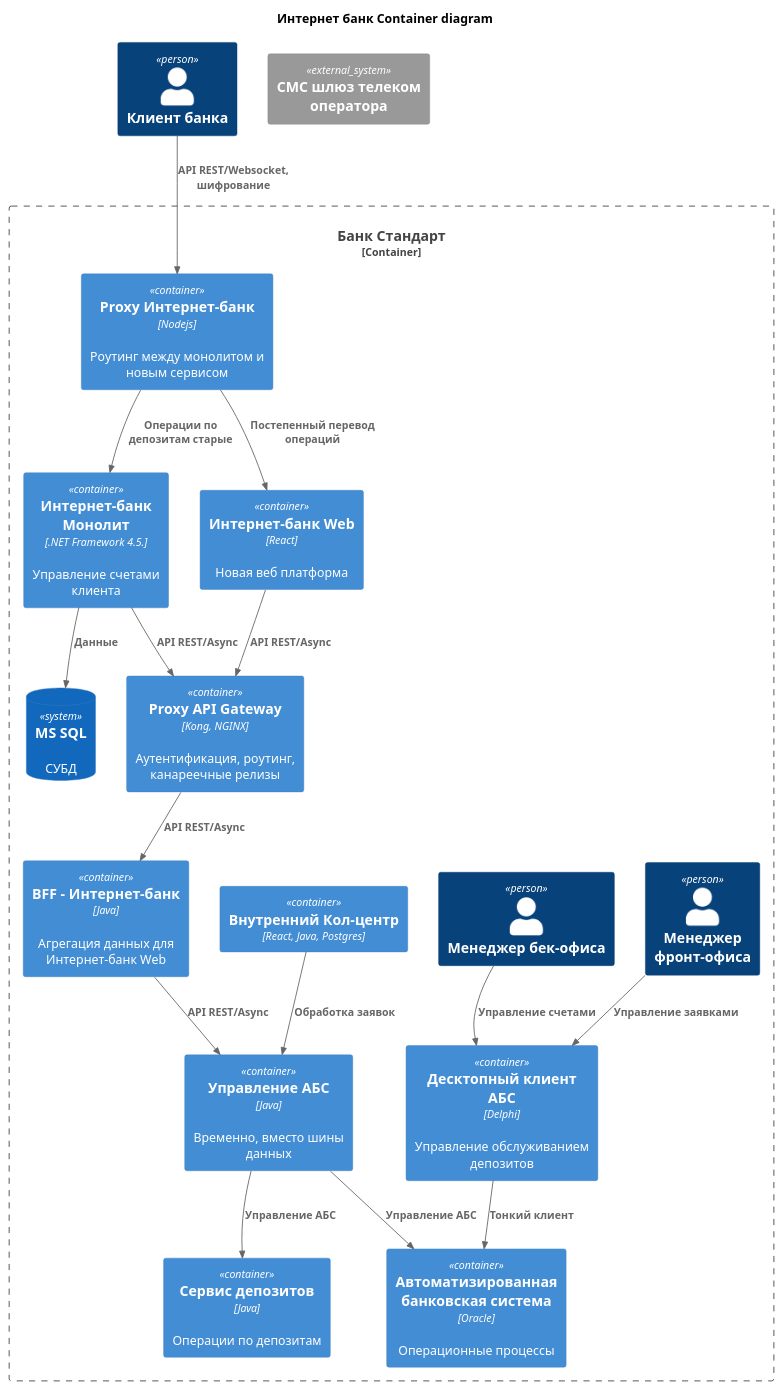
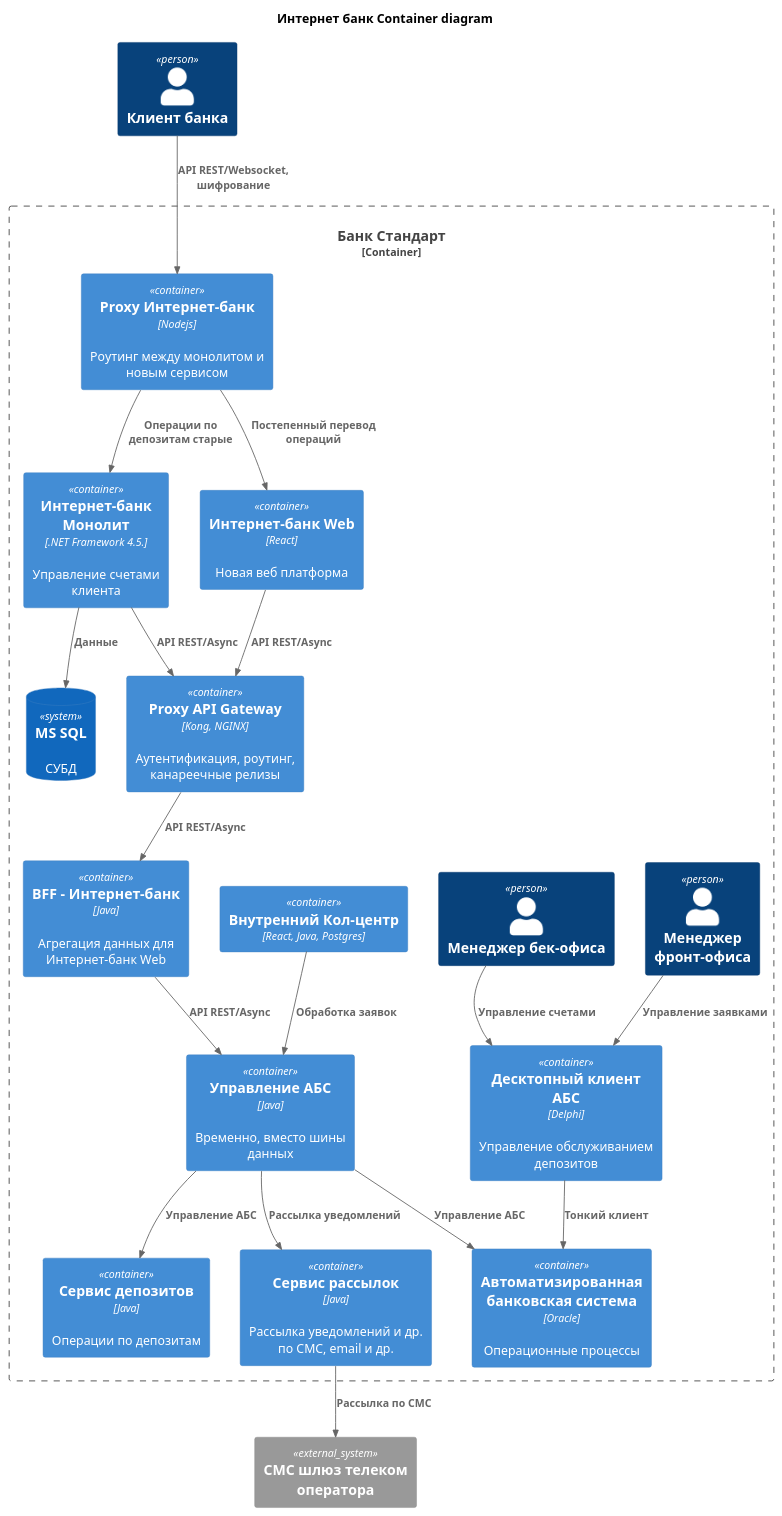
One commit to AntonVolkov71/architecture-pro-standart changed the diagram in Task3/Container.plantuml. Above: the diagram before and after it, drawn with PlantUML. The commit also changed 15 other files, not shown here.

```diff
--- a/Task3/Container.plantuml
+++ b/Task3/Container.plantuml
@@ -1,52 +1,54 @@
 @startuml
 title Интернет банк Container diagram
 
 !include ./lib/C4_Container.puml
 
 Person(Client, "Клиент банка" )
 System_Ext(SmsGateway, "СМС шлюз телеком оператора")
 
 Container_Boundary(BankStandard, "Банк Стандарт"){
     Person(FrontManger, "Менеджер фронт-офиса" )
     Person(BackManger, "Менеджер бек-офиса" )
     Container(CallCentre, "Внутренний Кол-центр", "React, Java, Postgres")
 
     Container(ProxyIB, "Proxy Интернет-банк", "Nodejs",  "Роутинг между монолитом и новым сервисом")
 
     Container(InternetBank, "Интернет-банк Монолит", ".NET Framework 4.5.", "Управление счетами клиента")
     Container(InternetBankWeb, "Интернет-банк Web", "React", "Новая веб платформа")
     SystemDb(DBMS_IB, "MS SQL", "СУБД")
 
     Container(ProxyService, "Proxy API Gateway", "Kong, NGINX",  "Аутентификация, роутинг, канареечные релизы")
     Container(BFF_IB_WEB, "BFF - Интернет-банк", "Java", "Агрегация данных для Интернет-банк Web")
 
 
     Container(ManagementService, "Управление АБС", "Java", "Временно, вместо шины данных")
     Container(DepositService, "Сервис депозитов", "Java", "Операции по депозитам")
+    Container(SendingService, "Сервис рассылок", "Java", "Рассылка уведомлений и др. по СМС, email и др.")
 
     Container(ABS_Client, "Десктопный клиент АБС", "Delphi", "Управление обслуживанием депозитов")
     Container(ABS, "Автоматизированная банковская система", "Oracle", "Операционные процессы")
 }
 
 Rel(Client, ProxyIB, "API REST/Websocket, шифрование")
 Rel(ProxyIB, InternetBank, "Операции по депозитам старые")
 Rel(ProxyIB, InternetBankWeb, "Постепенный перевод операций")
 
 Rel(InternetBank, ProxyService, "API REST/Async")
 Rel(InternetBank, DBMS_IB, "Данные")
 Rel(InternetBankWeb, ProxyService, "API REST/Async")
 
 Rel(ProxyService, BFF_IB_WEB, "API REST/Async")
 
 Rel(BFF_IB_WEB, ManagementService, "API REST/Async")
 Rel(ManagementService, ABS, "Управление АБС")
 Rel(ManagementService, DepositService, "Управление АБС")
+Rel(ManagementService, SendingService, "Рассылка уведомлений")
 
 Rel(CallCentre, ManagementService, "Обработка заявок")
-
+Rel(SendingService, SmsGateway, "Рассылка по СМС")
 
 Rel(FrontManger, ABS_Client, "Управление заявками")
 Rel(BackManger, ABS_Client, "Управление счетами")
 
 Rel(ABS_Client, ABS, "Тонкий клиент")
 @enduml
```
